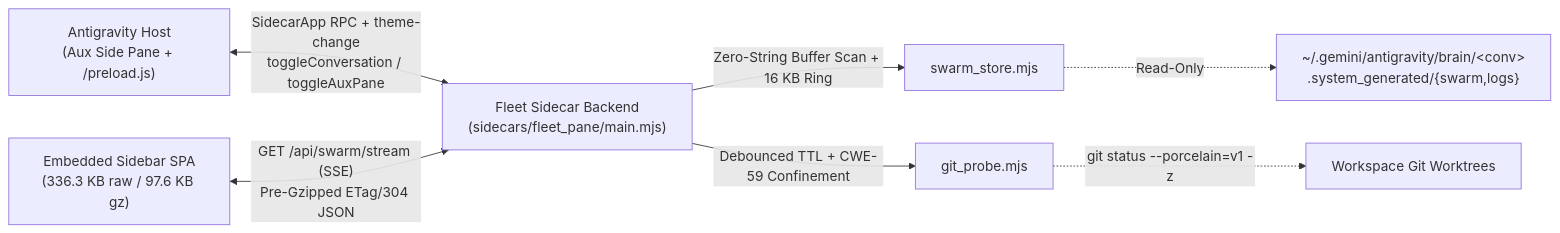
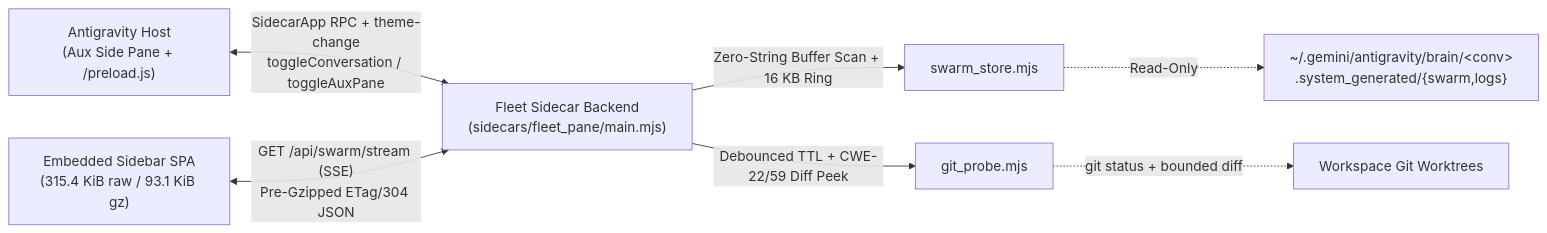
The diagram in README.md (cayleb-james2008/dsh-fleet), drawn with Mermaid before and after one commit. The commit also changed other lines of this file and 35 other files, not shown here.

Commit message:
release: Fleet v1.8.0 (inline worktree diff peek, <94 KiB gz, <75 MB RSS)

````diff
--- a/README.md
+++ b/README.md
@@ -80,9 +80,9 @@
 ```mermaid
 flowchart LR
     Host["Antigravity Host<br/>(Aux Side Pane + /preload.js)"] <-->|"SidecarApp RPC + theme-change<br/>toggleConversation / toggleAuxPane"| Backend["Fleet Sidecar Backend<br/>(sidecars/fleet_pane/main.mjs)"]
-    UI["Embedded Sidebar SPA<br/>(336.3 KB raw / 97.6 KB gz)"] <-->|"GET /api/swarm/stream (SSE)<br/>Pre-Gzipped ETag/304 JSON"| Backend
+    UI["Embedded Sidebar SPA<br/>(315.4 KiB raw / 93.1 KiB gz)"] <-->|"GET /api/swarm/stream (SSE)<br/>Pre-Gzipped ETag/304 JSON"| Backend
     Backend -->|"Zero-String Buffer Scan + 16 KB Ring"| Store["swarm_store.mjs"]
-    Backend -->|"Debounced TTL + CWE-59 Confinement"| Git["git_probe.mjs"]
+    Backend -->|"Debounced TTL + CWE-22/59 Diff Peek"| Git["git_probe.mjs"]
     Store -.->|"Read-Only"| Brain["~/.gemini/antigravity/brain/&lt;conv&gt;<br/>.system_generated/{swarm,logs}"]
-    Git -.->|"git status --porcelain=v1 -z"| WT["Workspace Git Worktrees"]
+    Git -.->|"git status + bounded diff"| WT["Workspace Git Worktrees"]
 ```
````
